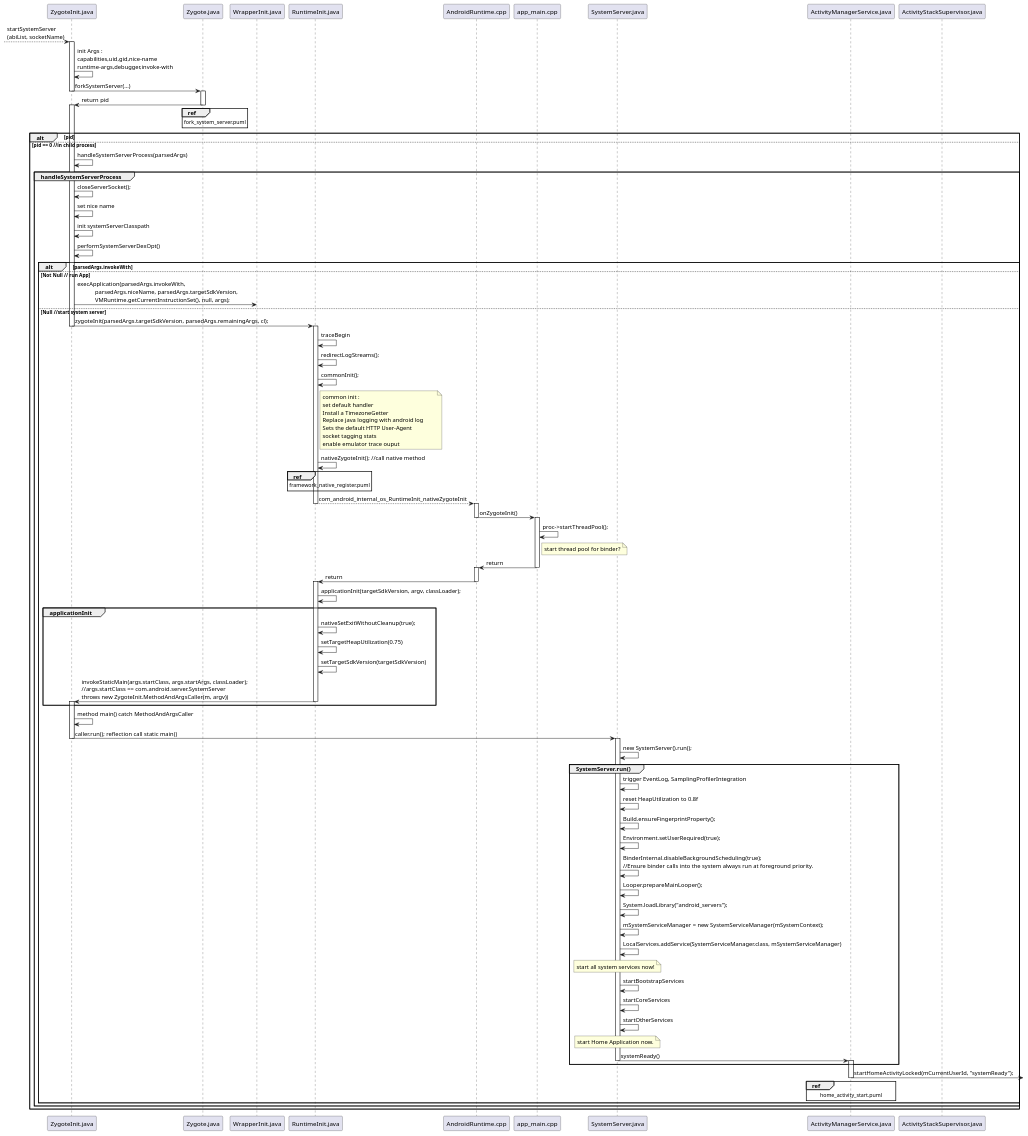
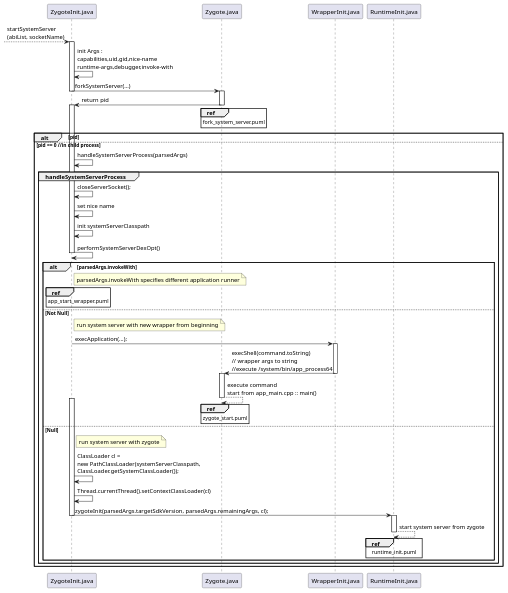
Before and after one commit to heavy-james/AndroidStartSequence: the diagram in uml/5_system_server_start/system_server_start.puml, drawn with PlantUML. The commit also changed 7 other files, not shown here.

Commit message:
optmize logic -> uml reflection relationship and orgnization

```diff
--- a/uml/5_system_server_start/system_server_start.puml
+++ b/uml/5_system_server_start/system_server_start.puml
@@ -1,132 +1,84 @@
 @startuml
 participant ZygoteInit as "ZygoteInit.java"
 participant Zygote as "Zygote.java"
 participant WrapperInit as "WrapperInit.java"
 participant RuntimeInit as "RuntimeInit.java"
-participant AndroidRuntime as "AndroidRuntime.cpp"
-participant AppMain as "app_main.cpp"
-participant SystemServer as "SystemServer.java"
-participant ActivityManagerService as "ActivityManagerService.java"
-participant ActivityStackSupervisor as "ActivityStackSupervisor.java"
+
 
 --> ZygoteInit : startSystemServer\n(abiList, socketName)
 activate ZygoteInit
 ZygoteInit -> ZygoteInit : init Args : \ncapabilities,uid,gid,nice-name\
     \nruntime-args,debugger,invoke-with
 ZygoteInit -> Zygote : forkSystemServer(...)
 deactivate ZygoteInit
 
 activate Zygote
 Zygote -> ZygoteInit : return pid
 ref over Zygote : fork_system_server.puml
 deactivate Zygote
 
 activate ZygoteInit
 alt pid
 else pid == 0 //in child process
 
 ZygoteInit -> ZygoteInit : handleSystemServerProcess(parsedArgs)
 
 group handleSystemServerProcess
     ZygoteInit -> ZygoteInit : closeServerSocket();
     ZygoteInit -> ZygoteInit : set nice name
     ZygoteInit -> ZygoteInit : init systemServerClasspath
     ZygoteInit -> ZygoteInit : performSystemServerDexOpt()
+    deactivate ZygoteInit
 
     alt parsedArgs.invokeWith
-    else Not Null // run App
-        ZygoteInit -> WrapperInit : execApplication(parsedArgs.invokeWith,\
-        \n            parsedArgs.niceName, parsedArgs.targetSdkVersion,\
-        \n            VMRuntime.getCurrentInstructionSet(), null, args);
 
-    else Null //start system server
+    note right of ZygoteInit : parsedArgs.invokeWith specifies different application runner
+
+    ref over ZygoteInit : app_start_wrapper.puml
+
+    else Not Null
+
+        note right of ZygoteInit : run system server with new wrapper from beginning
+        ZygoteInit -> WrapperInit : execApplication(...);
+
+        activate WrapperInit
+        WrapperInit -> Zygote : execShell(command.toString)\
+        \n// wrapper args to string\
+        \n//execute /system/bin/app_process64
+        deactivate WrapperInit
+
+        activate Zygote
+        Zygote --> Zygote : execute command\
+         \nstart from app_main.cpp :: main()
+
+        ref over Zygote : zygote_start.puml
+        deactivate Zygote
+
+    else Null
+
+        note right of ZygoteInit : run system server with zygote
+
+
+        activate ZygoteInit
+        ZygoteInit -> ZygoteInit : ClassLoader cl = \
+        \nnew PathClassLoader(systemServerClasspath,\
+        \nClassLoader.getSystemClassLoader());
+
+        ZygoteInit -> ZygoteInit : Thread.currentThread().setContextClassLoader(cl)
+
         ZygoteInit -> RuntimeInit : zygoteInit(parsedArgs.targetSdkVersion, parsedArgs.remainingArgs, cl);
         deactivate ZygoteInit
 
         activate RuntimeInit
-        RuntimeInit -> RuntimeInit : traceBegin
-        RuntimeInit -> RuntimeInit : redirectLogStreams();
-        RuntimeInit -> RuntimeInit : commonInit();
+        RuntimeInit --> RuntimeInit : start system server from zygote
 
-        note right of RuntimeInit : common init : \
-        \nset default handler\
-        \nInstall a TimezoneGetter\
-        \nReplace java logging with android log\
-        \nSets the default HTTP User-Agent\
-        \nsocket tagging stats\
-        \nenable emulator trace ouput
-
-        RuntimeInit -> RuntimeInit : nativeZygoteInit(); //call native method
-
-        ref over RuntimeInit : framework_native_register.puml
-
-        RuntimeInit --> AndroidRuntime : com_android_internal_os_RuntimeInit_nativeZygoteInit
+        ref over RuntimeInit : runtime_init.puml
         deactivate RuntimeInit
 
-        activate AndroidRuntime
-        AndroidRuntime -> AppMain : onZygoteInit()
-        deactivate AndroidRuntime
-
-        activate AppMain
-        AppMain -> AppMain : proc->startThreadPool();
-        note right of AppMain : start thread pool for binder?
-        AppMain -> AndroidRuntime : return
-        deactivate AppMain
-
-        activate AndroidRuntime
-        AndroidRuntime -> RuntimeInit : return
-        deactivate AndroidRuntime
-
-        activate RuntimeInit
-        RuntimeInit -> RuntimeInit : applicationInit(targetSdkVersion, argv, classLoader);
-
-        group applicationInit
-            RuntimeInit -> RuntimeInit : nativeSetExitWithoutCleanup(true);
-            RuntimeInit -> RuntimeInit : setTargetHeapUtilization(0.75)
-            RuntimeInit -> RuntimeInit : setTargetSdkVersion(targetSdkVersion)
-            RuntimeInit -> ZygoteInit : invokeStaticMain(args.startClass, args.startArgs, classLoader);\
-            \n//args.startClass == com.android.server.SystemServer\
-            \nthrows new ZygoteInit.MethodAndArgsCaller(m, argv))
-            deactivate RuntimeInit
-            activate ZygoteInit
-        end
-
-        ZygoteInit -> ZygoteInit : method main() catch MethodAndArgsCaller
-        ZygoteInit -> SystemServer : caller.run(); reflection call static main()
-        deactivate ZygoteInit
-
-        activate SystemServer
-        SystemServer -> SystemServer : new SystemServer().run();
-
-        group SystemServer.run()
-            SystemServer -> SystemServer : trigger EventLog, SamplingProfilerIntegration
-            SystemServer -> SystemServer : reset HeapUtilization to 0.8f
-            SystemServer -> SystemServer : Build.ensureFingerprintProperty();
-            SystemServer -> SystemServer : Environment.setUserRequired(true);
-            SystemServer -> SystemServer : BinderInternal.disableBackgroundScheduling(true);\
-            \n//Ensure binder calls into the system always run at foreground priority.
-            SystemServer -> SystemServer : Looper.prepareMainLooper();
-            SystemServer -> SystemServer : System.loadLibrary("android_servers");
-            SystemServer -> SystemServer : mSystemServiceManager = new SystemServiceManager(mSystemContext);
-            SystemServer -> SystemServer : LocalServices.addService(SystemServiceManager.class, mSystemServiceManager)
-            note over SystemServer : start all system services now!
-            SystemServer -> SystemServer : startBootstrapServices
-            SystemServer -> SystemServer : startCoreServices
-            SystemServer -> SystemServer : startOtherServices
-            note over SystemServer : start Home Application now.
-            SystemServer -> ActivityManagerService : systemReady()
-            deactivate SystemServer
-            activate ActivityManagerService
-        end
-
-        ActivityManagerService ->  : startHomeActivityLocked(mCurrentUserId, "systemReady");
-        ref over ActivityManagerService : home_activity_start.puml
-        deactivate ActivityManagerService
-        deactivate RuntimeInit
     end
 end
 
 end
 
 
 @enduml
```
